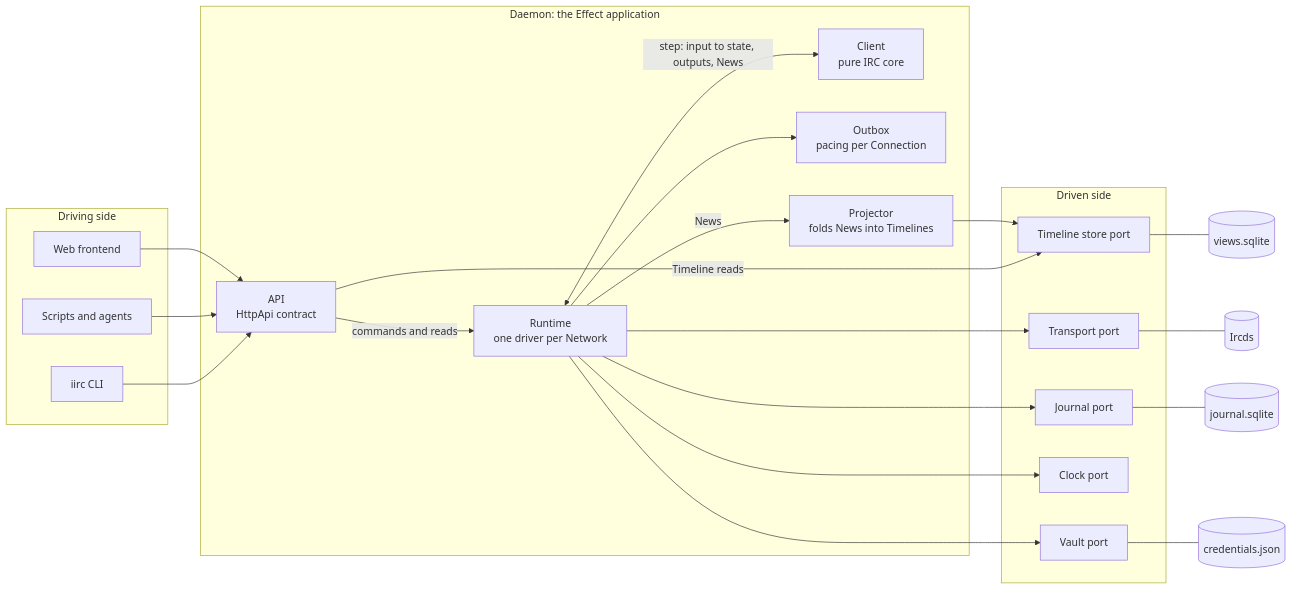
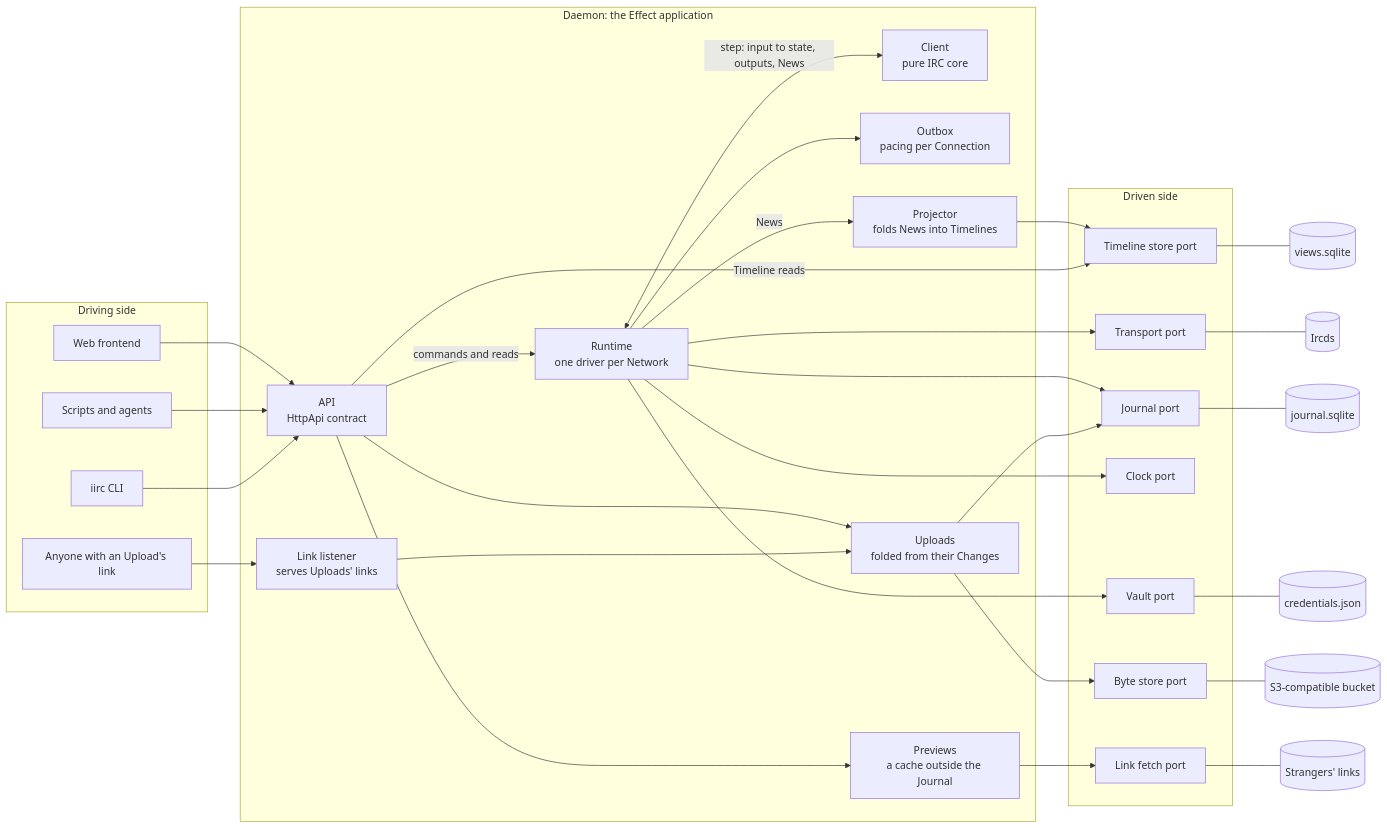
Before and after one commit to deankerr/iirc: the first of 2 diagrams in ARCHITECTURE.md, drawn with Mermaid. The commit also changed other lines of this file and 14 other files, not shown here.

Commit message:
Bring the top-level docs in line with main, and remove ROADMAP.md

````diff
--- a/ARCHITECTURE.md
+++ b/ARCHITECTURE.md
@@ -13,37 +13,50 @@
 ```mermaid
 flowchart LR
   subgraph driving["Driving side"]
     web["Web frontend"]
     agent["Scripts and agents"]
     cli["iirc CLI"]
+    public["Anyone with an Upload's link"]
   end
 
   subgraph hexagon["Daemon: the Effect application"]
     api["API<br/>HttpApi contract"]
+    linkl["Link listener<br/>serves Uploads' links"]
     runtime["Runtime<br/>one driver per Network"]
     client["Client<br/>pure IRC core"]
     outbox["Outbox<br/>pacing per Connection"]
     projector["Projector<br/>folds News into Timelines"]
+    uploads["Uploads<br/>folded from their Changes"]
+    previews["Previews<br/>a cache outside the Journal"]
     api -->|"commands and reads"| runtime
     runtime <-->|"step: input to state, outputs, News"| client
     runtime --> outbox
     runtime -->|"News"| projector
+    api --> uploads & previews
+    linkl --> uploads
   end
 
   subgraph driven["Driven side"]
     transport["Transport port"]
     journal["Journal port"]
     vault["Vault port"]
     clock["Clock port"]
     timelines["Timeline store port"]
+    bytes["Byte store port"]
+    fetch["Link fetch port"]
   end
 
   web & agent & cli --> api
+  public --> linkl
   runtime --> transport & journal & vault & clock
   projector --> timelines
   api -->|"Timeline reads"| timelines
+  uploads --> journal & bytes
+  previews --> fetch
   transport --- ircd[("Ircds")]
   journal --- sqlite[("journal.sqlite")]
   vault --- store[("credentials.json")]
   timelines --- views[("views.sqlite")]
+  bytes --- bucket[("S3-compatible bucket")]
+  fetch --- internet[("Strangers' links")]
 ```
````
